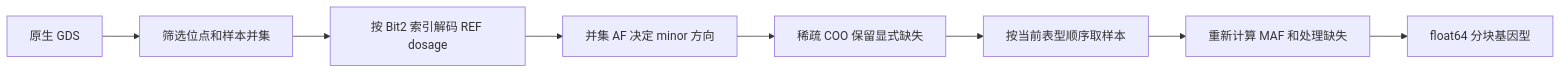
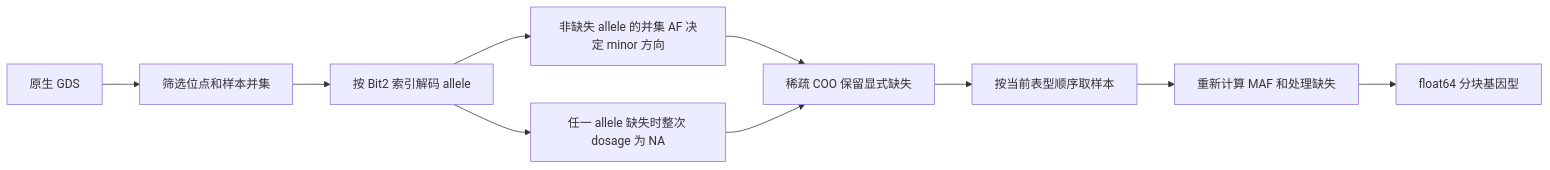
One commit to weikanggong1/WGS changed the diagram in docs/gds.md. Above: the diagram before and after it, drawn with Mermaid. The commit also changed other lines of this file and 63 other files, not shown here.

````diff
--- a/docs/gds.md
+++ b/docs/gds.md
@@ -9,10 +11,12 @@
 ```mermaid
 flowchart LR
   A[原生 GDS] --> B[筛选位点和样本并集]
-  B --> C[按 Bit2 索引解码 REF dosage]
-  C --> D[并集 AF 决定 minor 方向]
+  B --> C[按 Bit2 索引解码 allele]
+  C --> D[非缺失 allele 的并集 AF 决定 minor 方向]
+  C --> I[任一 allele 缺失时整次 dosage 为 NA]
   D --> E[稀疏 COO 保留显式缺失]
+  I --> E
   E --> F[按当前表型顺序取样本]
   F --> G[重新计算 MAF 和处理缺失]
   G --> H[float64 分块基因型]
 ```
````
